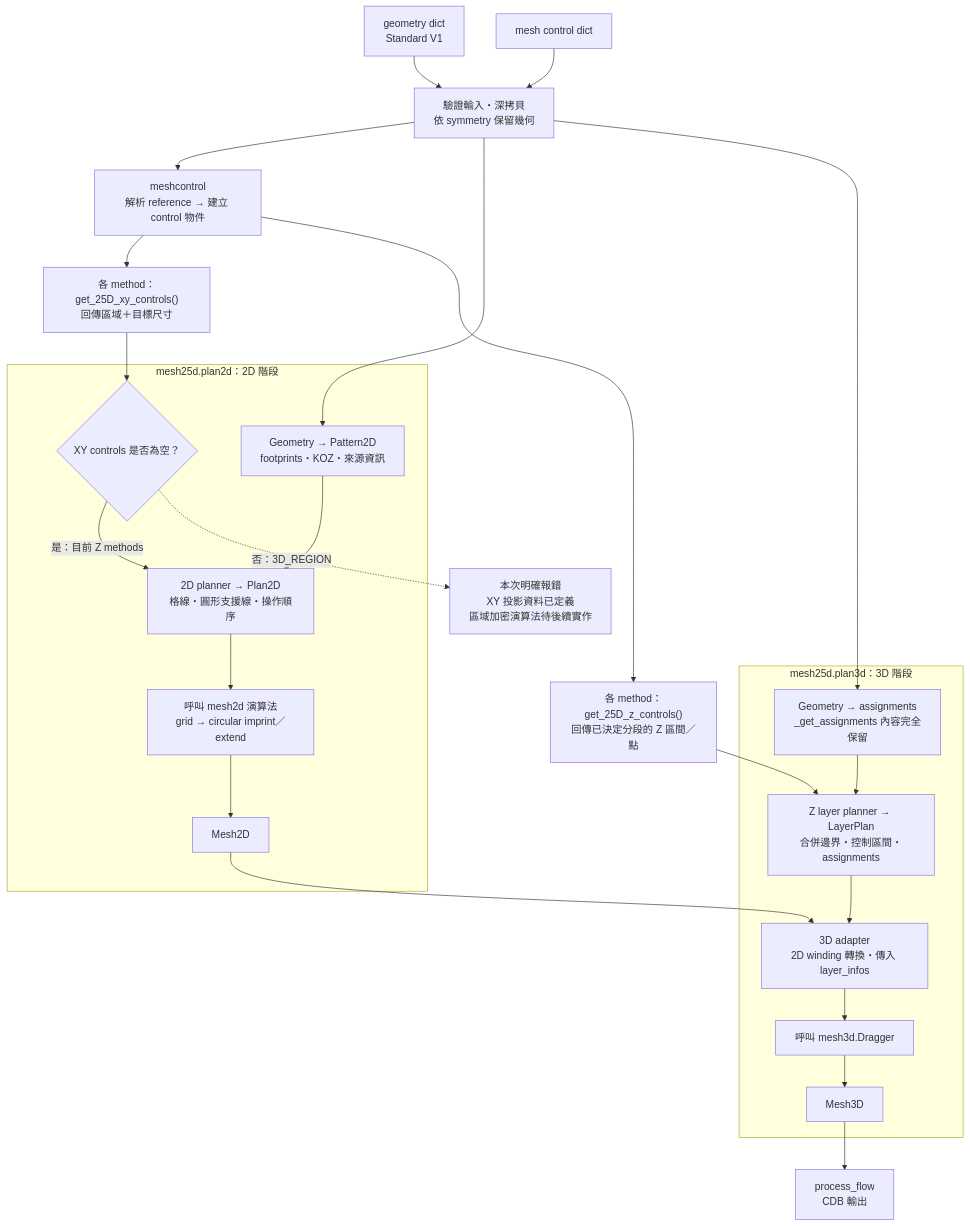
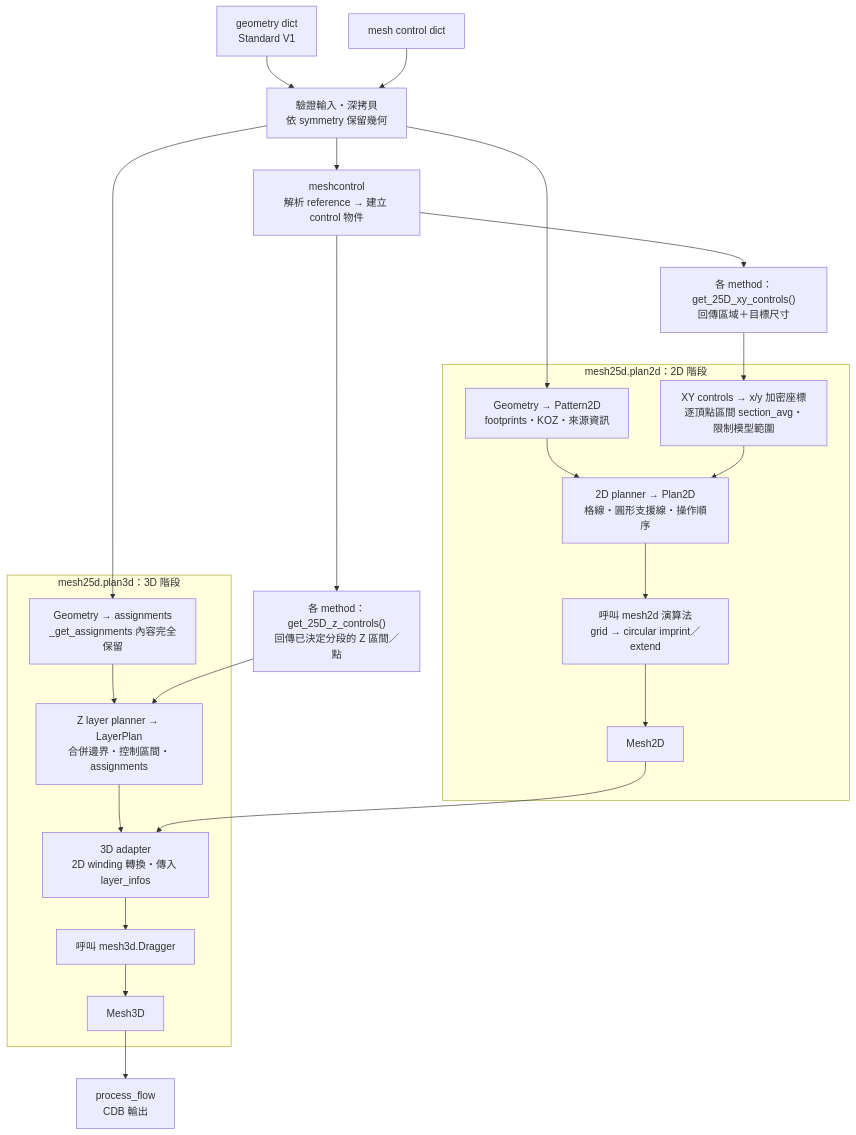
Before and after one commit to henry861010/mesher: the second of 2 diagrams in docs/mesh25d-design.md, drawn with Mermaid. The commit also changed other lines of this file and 10 other files, not shown here.

````diff
--- a/docs/mesh25d-design.md
+++ b/docs/mesh25d-design.md
@@ -41,41 +41,40 @@
 ```mermaid
 flowchart TB
     G["geometry dict<br/>Standard V1"]
     C["mesh control dict"]
     PREP["驗證輸入・深拷貝<br/>依 symmetry 保留幾何"]
     G --> PREP
     C --> PREP
     OBJ["meshcontrol<br/>解析 reference → 建立 control 物件"]
     PREP --> OBJ
     XY["各 method：get_25D_xy_controls()<br/>回傳區域＋目標尺寸"]
     Z["各 method：get_25D_z_controls()<br/>回傳已決定分段的 Z 區間／點"]
     OBJ --> XY
     OBJ --> Z
     subgraph PLANAR["mesh25d.plan2d：2D 階段"]
         PATTERN["Geometry → Pattern2D<br/>footprints・KOZ・來源資訊"]
-        CHECK{"XY controls 是否為空？"}
+        CUTS["XY controls → x/y 加密座標<br/>逐頂點區間 section_avg・限制模型範圍"]
         P2["2D planner → Plan2D<br/>格線・圓形支援線・操作順序"]
         A2["呼叫 mesh2d 演算法<br/>grid → circular imprint／extend"]
         MESH2["Mesh2D"]
         PATTERN --> P2
-        CHECK -- "是：目前 Z methods" --> P2
+        CUTS --> P2
         P2 --> A2 --> MESH2
     end
     subgraph SOLID["mesh25d.plan3d：3D 階段"]
         ASSIGN["Geometry → assignments<br/>_get_assignments 內容完全保留"]
         LAYER["Z layer planner → LayerPlan<br/>合併邊界・控制區間・assignments"]
         ADAPTER["3D adapter<br/>2D winding 轉換・傳入 layer_infos"]
         DRAG["呼叫 mesh3d.Dragger"]
         MESH3["Mesh3D"]
         ASSIGN --> LAYER
         LAYER --> ADAPTER
         ADAPTER --> DRAG --> MESH3
     end
     PREP --> PATTERN
     PREP --> ASSIGN
-    XY --> CHECK
+    XY --> CUTS
     Z --> LAYER
     MESH2 --> ADAPTER
-    CHECK -. "否：3D_REGION" .-> RESERVED["本次明確報錯<br/>XY 投影資料已定義<br/>區域加密演算法待後續實作"]
     MESH3 --> OUTPUT["process_flow<br/>CDB 輸出"]
 ```
````
